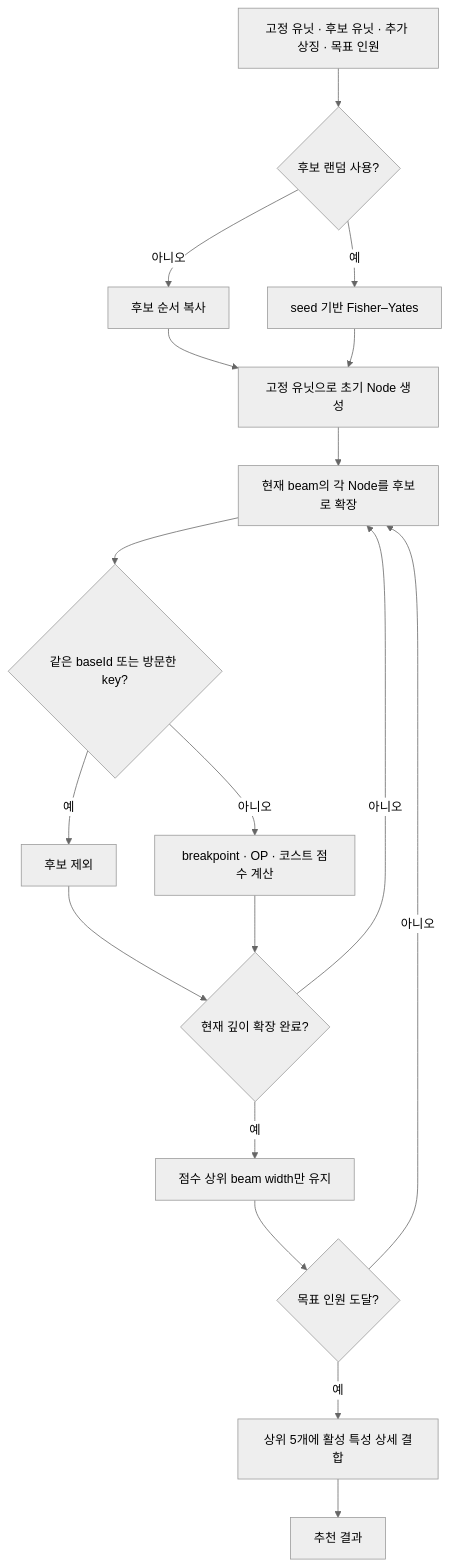
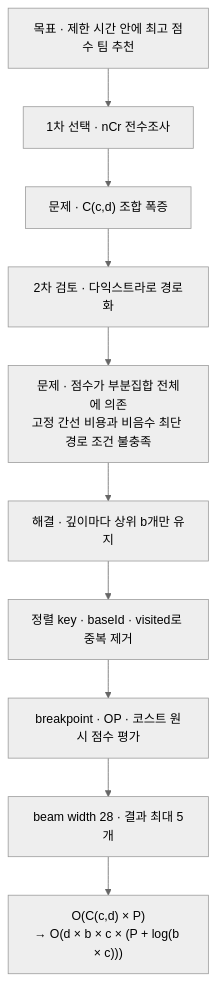
One commit to kimdol/my-tft-app changed the second of 6 diagrams in vite-project/src/features/README.md. Above: the diagram before and after it, drawn with Mermaid (neutral theme). The commit also changed other lines of this file, not shown here.

````diff
--- a/vite-project/src/features/README.md
+++ b/vite-project/src/features/README.md
@@ -74,20 +77,12 @@
 ```mermaid
 flowchart TD
-    Input["고정 유닛 · 후보 유닛 · 추가 상징 · 목표 인원"] --> Shuffle{"후보 랜덤 사용?"}
-    Shuffle -->|아니오| Stable["후보 순서 복사"]
-    Shuffle -->|예| Seed["seed 기반 Fisher–Yates"]
-    Stable --> Initial["고정 유닛으로 초기 Node 생성"]
-    Seed --> Initial
-    Initial --> Expand["현재 beam의 각 Node를 후보로 확장"]
-    Expand --> Duplicate{"같은 baseId 또는 방문한 key?"}
-    Duplicate -->|예| Skip["후보 제외"]
-    Duplicate -->|아니오| Score["breakpoint · OP · 코스트 점수 계산"]
-    Skip --> Continue{"현재 깊이 확장 완료?"}
-    Score --> Continue
-    Continue -->|아니오| Expand
-    Continue -->|예| Keep["점수 상위 beam width만 유지"]
-    Keep --> Depth{"목표 인원 도달?"}
-    Depth -->|아니오| Expand
-    Depth -->|예| Detail["상위 5개에 활성 특성 상세 결합"]
-    Detail --> Result["추천 결과"]
+    Goal["목표 · 제한 시간 안에 최고 점수 팀 추천"] --> Exhaustive["1차 선택 · nCr 전수조사"]
+    Exhaustive --> CombinationProblem["문제 · C(c,d) 조합 폭증"]
+    CombinationProblem --> Dijkstra["2차 검토 · 다익스트라로 경로화"]
+    Dijkstra --> GraphProblem["문제 · 점수가 부분집합 전체에 의존<br/>고정 간선 비용과 비음수 최단 경로 조건 불충족"]
+    GraphProblem --> Beam["해결 · 깊이마다 상위 b개만 유지"]
+    Beam --> Normalize["정렬 key · baseId · visited로 중복 제거"]
+    Normalize --> Evaluate["breakpoint · OP · 코스트 원시 점수 평가"]
+    Evaluate --> Limit["beam width 28 · 결과 최대 5개"]
+    Limit --> Complexity["O(C(c,d) × P)<br/>→ O(d × b × c × (P + log(b × c)))"]
 ```
````
